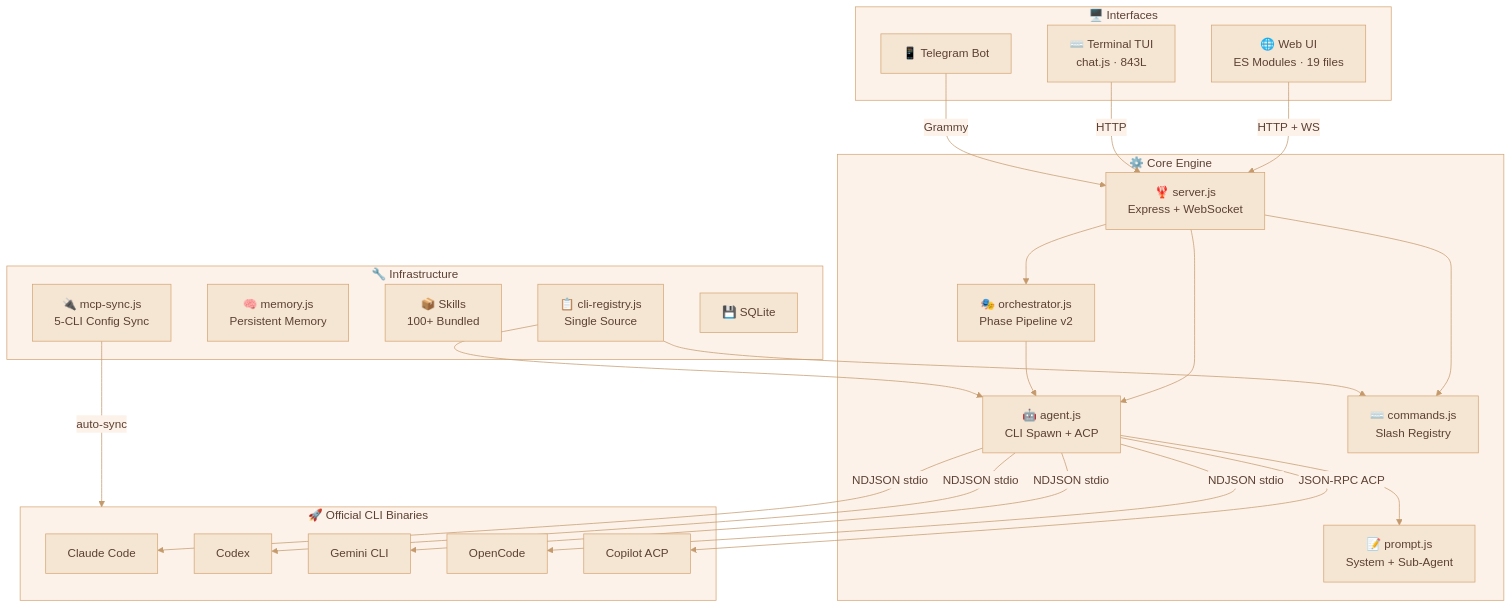
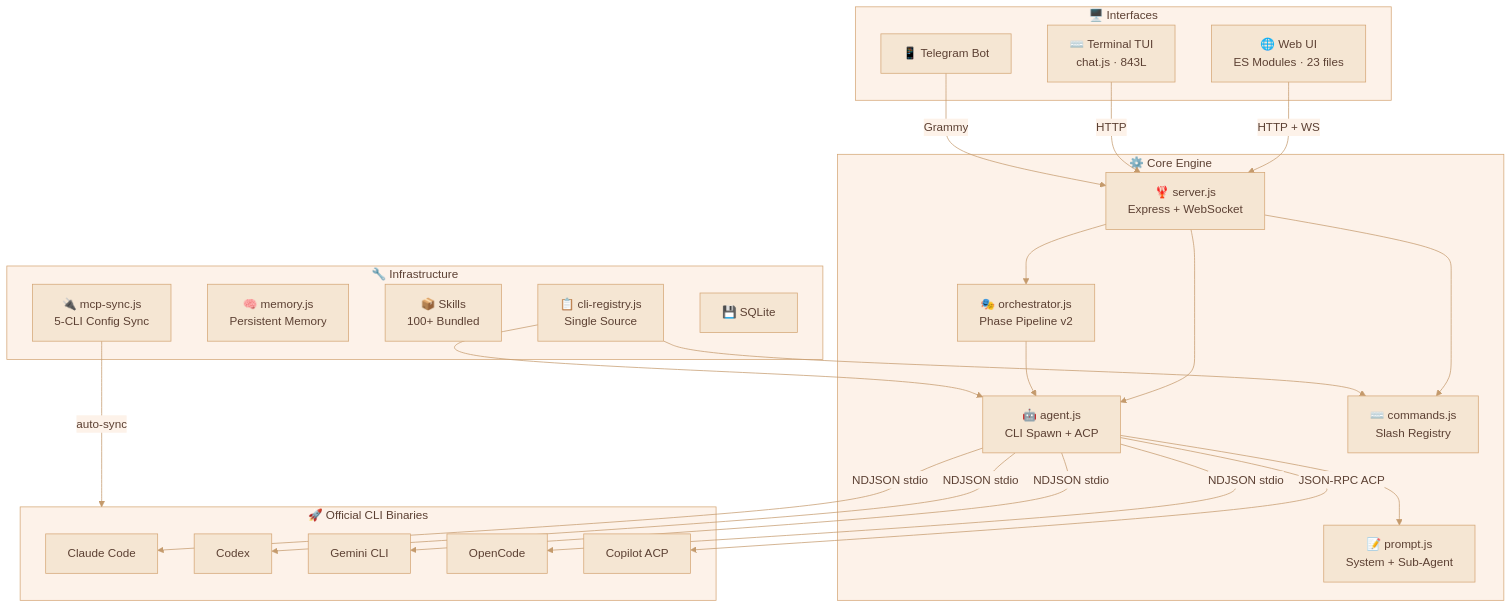
The first of 3 diagrams in README.md (lidge-jun/cli-jaw), drawn with Mermaid before and after one commit. The commit also changed other lines of this file and 42 other files, not shown here.

````diff
--- a/README.md
+++ b/README.md
@@ -60,51 +60,51 @@
 ```mermaid
 %%{init: {'theme': 'base', 'themeVariables': { 'primaryColor': '#f5e6d3', 'primaryTextColor': '#5c4033', 'primaryBorderColor': '#d4a574', 'lineColor': '#c49a6c', 'secondaryColor': '#fdf2e9', 'tertiaryColor': '#fff8f0', 'background': '#fffaf5', 'mainBkg': '#f5e6d3', 'nodeBorder': '#d4a574', 'clusterBkg': '#fdf2e9', 'clusterBorder': '#d4a574', 'titleColor': '#5c4033', 'edgeLabelBackground': '#fdf2e9' }}}%%
 
 graph TB
     subgraph Interfaces["🖥️ Interfaces"]
-        WEB["🌐 Web UI<br/>ES Modules · 19 files"]
+        WEB["🌐 Web UI<br/>ES Modules · 23 files"]
         TUI["⌨️ Terminal TUI<br/>chat.js · 843L"]
         TG["📱 Telegram Bot"]
     end
 
     subgraph Core["⚙️ Core Engine"]
         SRV["🦞 server.js<br/>Express + WebSocket"]
         AGT["🤖 agent.js<br/>CLI Spawn + ACP"]
         ORC["🎭 orchestrator.js<br/>Phase Pipeline v2"]
         CMD["⌨️ commands.js<br/>Slash Registry"]
         PRM["📝 prompt.js<br/>System + Sub-Agent"]
     end
 
     subgraph Infra["🔧 Infrastructure"]
         MCP["🔌 mcp-sync.js<br/>5-CLI Config Sync"]
         MEM["🧠 memory.js<br/>Persistent Memory"]
         SKL["📦 Skills<br/>100+ Bundled"]
         REG["📋 cli-registry.js<br/>Single Source"]
         DB["💾 SQLite"]
     end
 
     subgraph CLIs["🚀 Official CLI Binaries"]
         CC["Claude Code"]
         CX["Codex"]
         GM["Gemini CLI"]
         OC["OpenCode"]
         CP["Copilot ACP"]
     end
 
     WEB -->|HTTP + WS| SRV
     TUI -->|HTTP| SRV
     TG -->|Grammy| SRV
     SRV --> AGT
     SRV --> ORC
     SRV --> CMD
     AGT --> PRM
     AGT -->|NDJSON stdio| CC
     AGT -->|NDJSON stdio| CX
     AGT -->|NDJSON stdio| GM
     AGT -->|NDJSON stdio| OC
     AGT -->|JSON-RPC ACP| CP
     ORC --> AGT
     MCP -->|auto-sync| CLIs
     REG --> CMD
     REG --> AGT
 ```
````
